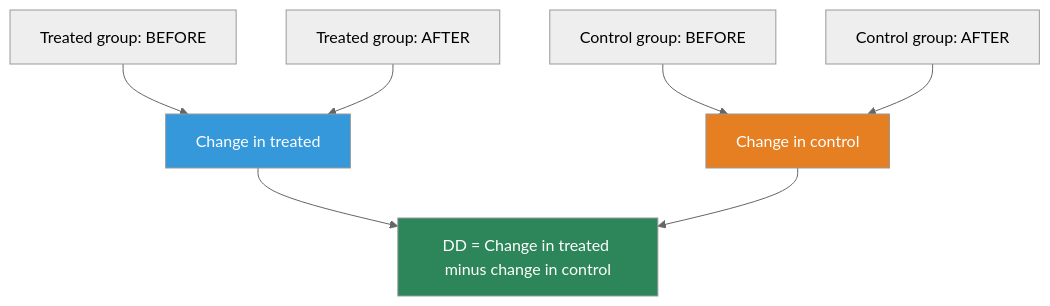
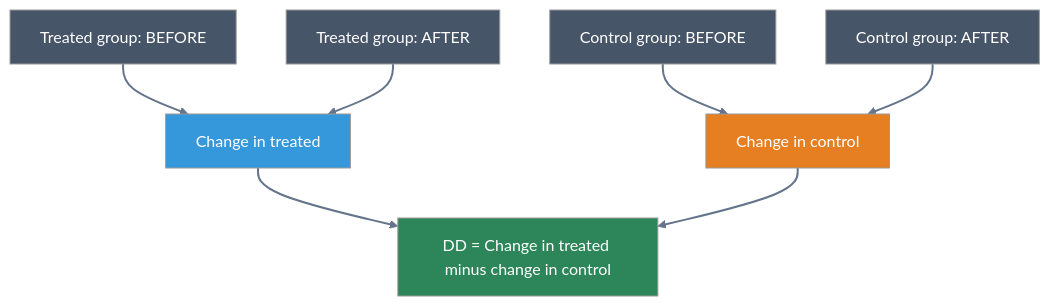
The second of 3 diagrams in notebooks_quarto/05-differences-in-differences.qmd (cmg777/intro2causal), drawn with Mermaid (neutral theme) before and after one commit. The commit also changed other lines of this file and 17 other files, not shown here.

````diff
--- a/notebooks_quarto/05-differences-in-differences.qmd
+++ b/notebooks_quarto/05-differences-in-differences.qmd
@@ -364,24 +370,29 @@
 ```{mermaid}
 %%| label: fig-dd-logic
 %%| fig-cap: "The DD method: subtract the control group's change from the treated group's change to isolate the causal effect."
 
 graph TD
     T1["Treated group: BEFORE"]
     T2["Treated group: AFTER"]
     C1["Control group: BEFORE"]
     C2["Control group: AFTER"]
     DT["Change in treated"]
     DC["Change in control"]
     DD["DD = Change in treated minus change in control"]
 
     T1 --> DT
     T2 --> DT
     C1 --> DC
     C2 --> DC
     DT --> DD
     DC --> DD
 
+    style T1 fill:#475569,color:#fff
+    style T2 fill:#475569,color:#fff
+    style C1 fill:#475569,color:#fff
+    style C2 fill:#475569,color:#fff
     style DD fill:#2d8659,color:#fff
     style DT fill:#3498db,color:#fff
     style DC fill:#e67e22,color:#fff
+    linkStyle default stroke:#64748b,stroke-width:2px
 ```
````
